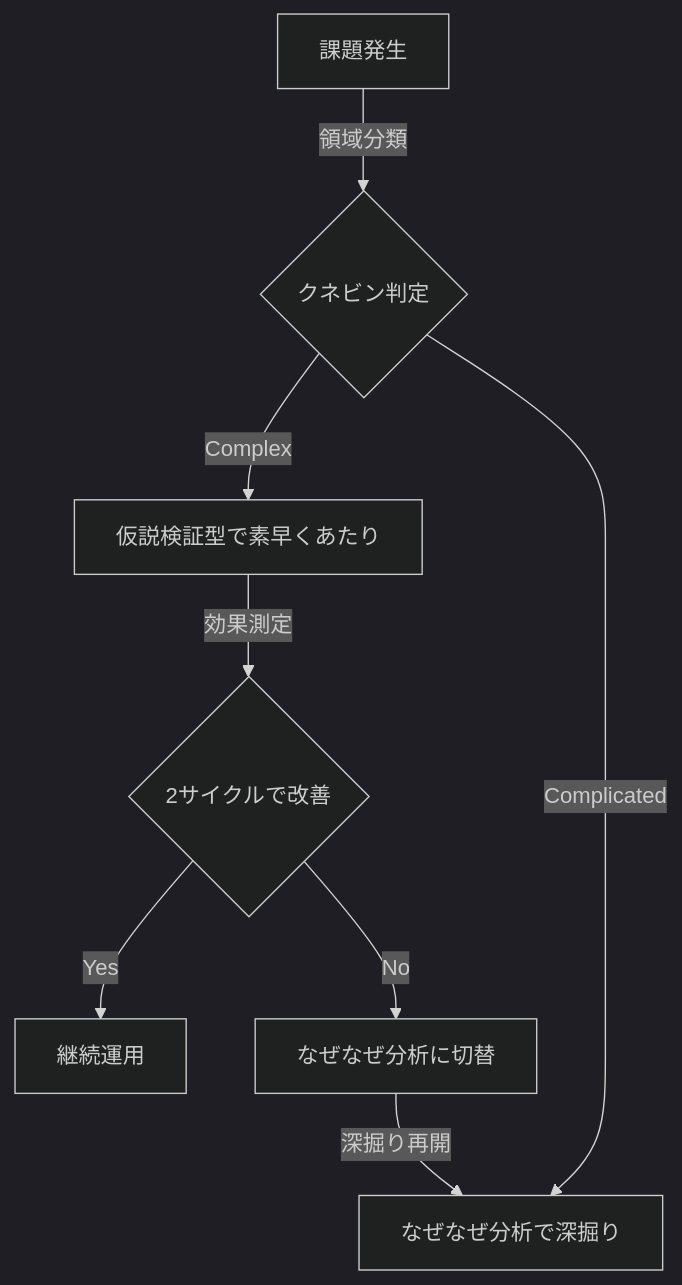
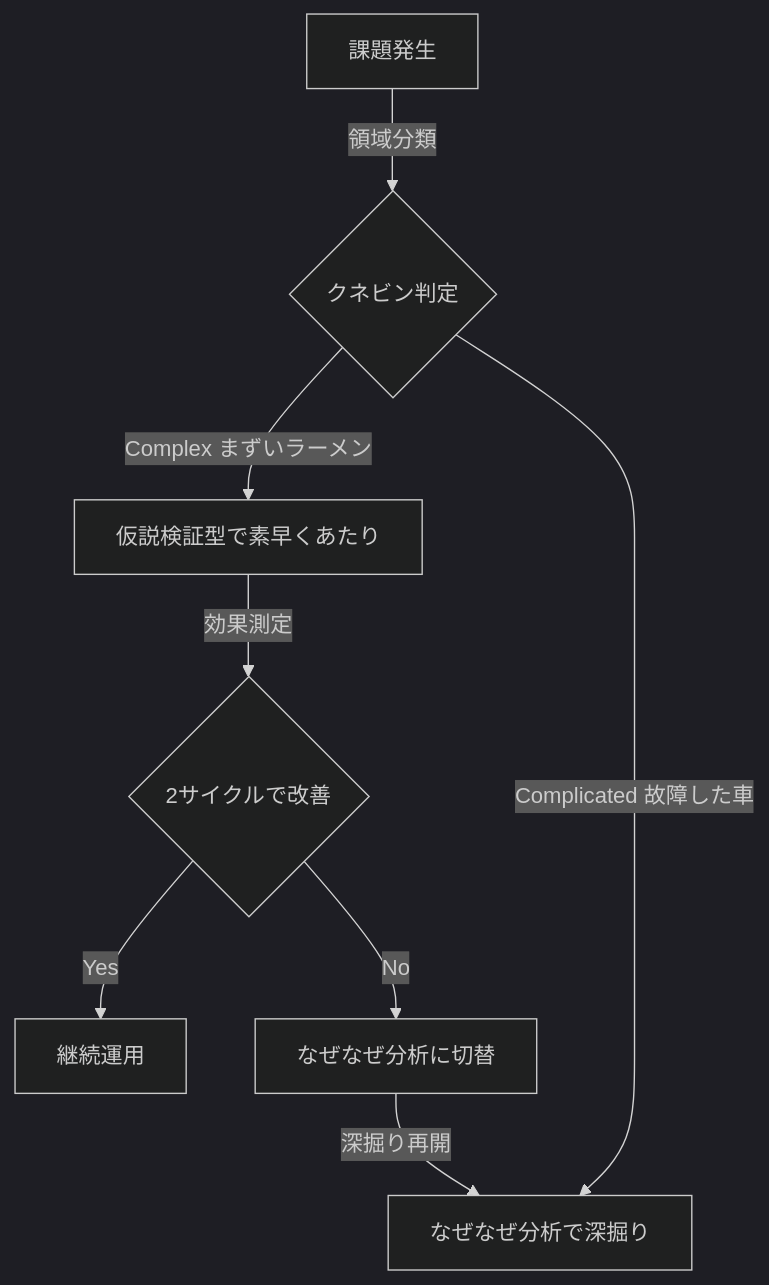
One commit to GoodRelax/gr-cheat-sheets changed the fourth of 4 diagrams in management/beyond-five-whys.md. Above: the diagram before and after it, drawn with Mermaid (dark theme). The commit also changed other lines of this file and 1 other file, not shown here.

````diff
--- a/management/beyond-five-whys.md
+++ b/management/beyond-five-whys.md
@@ -242,17 +287,17 @@
 ```mermaid
 flowchart TD
     Issue[課題発生]
     Judge{クネビン判定}
     Quick[仮説検証型で素早くあたり]
     Deep[なぜなぜ分析で深掘り]
     Check{2サイクルで改善}
     Keep[継続運用]
     Switch[なぜなぜ分析に切替]
     Issue -->|領域分類| Judge
-    Judge -->|Complex| Quick
-    Judge -->|Complicated| Deep
+    Judge -->|Complex まずいラーメン| Quick
+    Judge -->|Complicated 故障した車| Deep
     Quick -->|効果測定| Check
     Check -->|Yes| Keep
     Check -->|No| Switch
     Switch -->|深掘り再開| Deep
 ```
````
